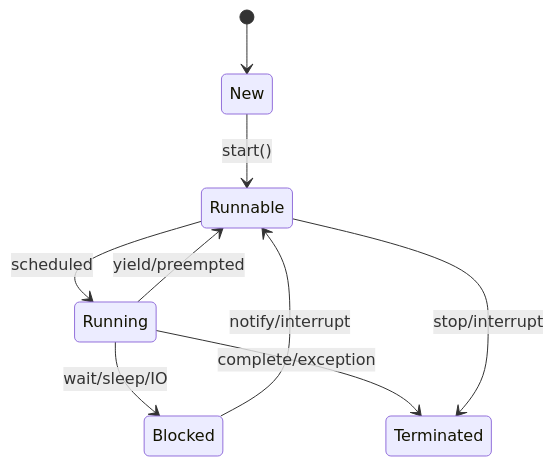
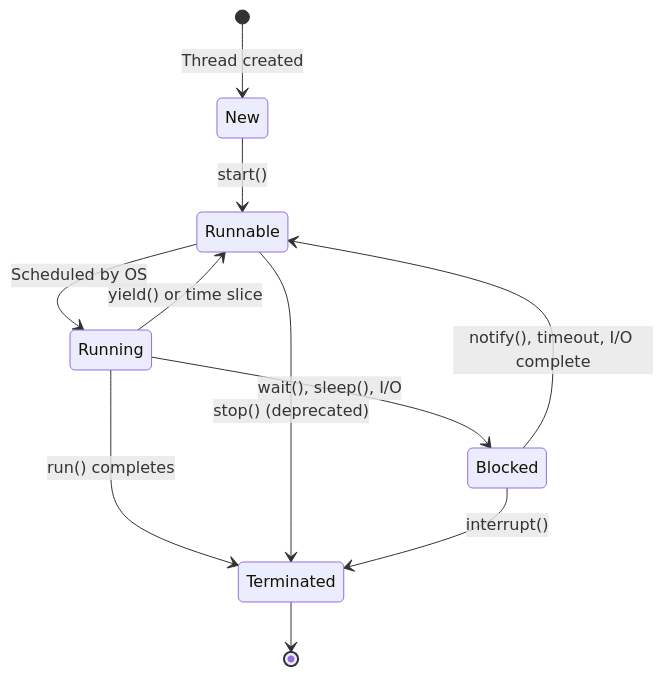
The first of 2 diagrams in multithreading-concurrency-in-java/README.md (VrushankPatel/interview-matters), drawn with Mermaid before and after one commit. The commit also changed other lines of this file and 3 other files, not shown here.

````diff
--- a/multithreading-concurrency-in-java/README.md
+++ b/multithreading-concurrency-in-java/README.md
@@ -19,11 +24,13 @@
 ```mermaid
 stateDiagram-v2
-    [*] --> New
-    New --> Runnable : start()
-    Runnable --> Running : scheduled
-    Running --> Runnable : yield/preempted
-    Running --> Blocked : wait/sleep/IO
-    Blocked --> Runnable : notify/interrupt
-    Running --> Terminated : complete/exception
-    Runnable --> Terminated : stop/interrupt
+    [*] --> New: Thread created
+    New --> Runnable: start()
+    Runnable --> Running: Scheduled by OS
+    Running --> Runnable: yield() or time slice
+    Running --> Blocked: wait(), sleep(), I/O
+    Blocked --> Runnable: notify(), timeout, I/O complete
+    Running --> Terminated: run() completes
+    Runnable --> Terminated: stop() (deprecated)
+    Blocked --> Terminated: interrupt()
+    Terminated --> [*]
 ```
````
